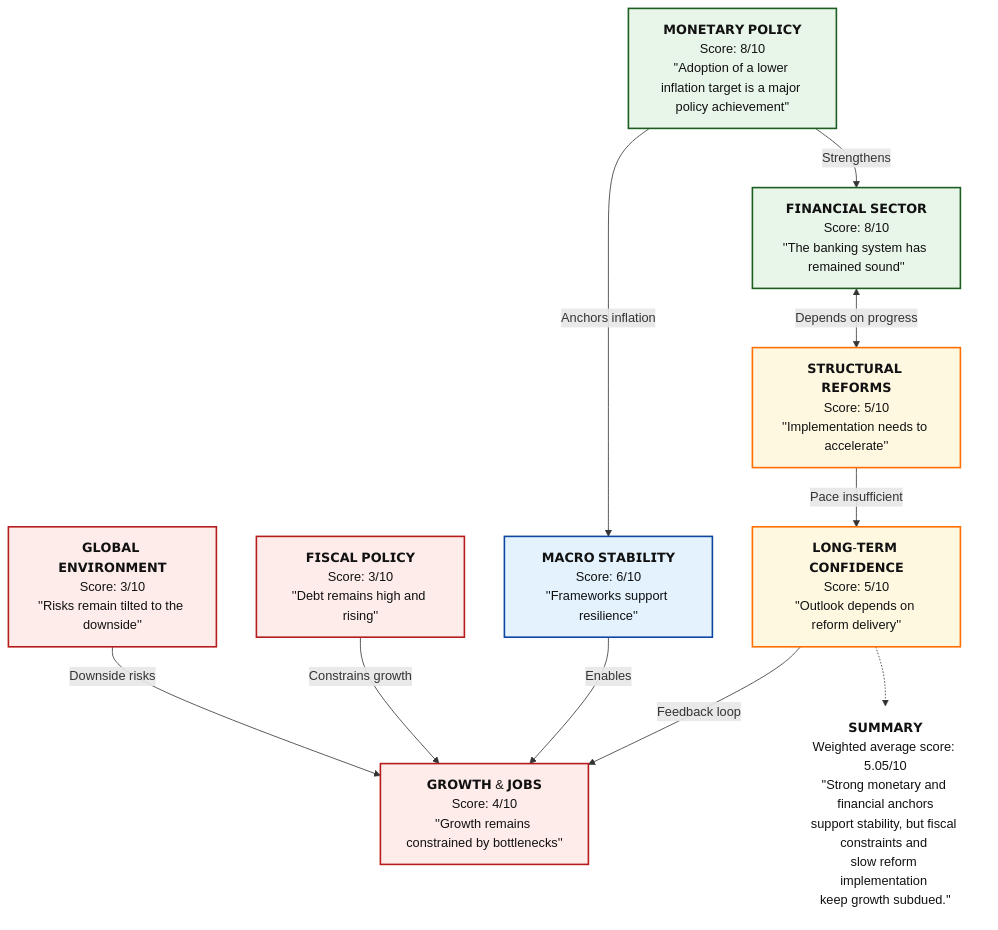
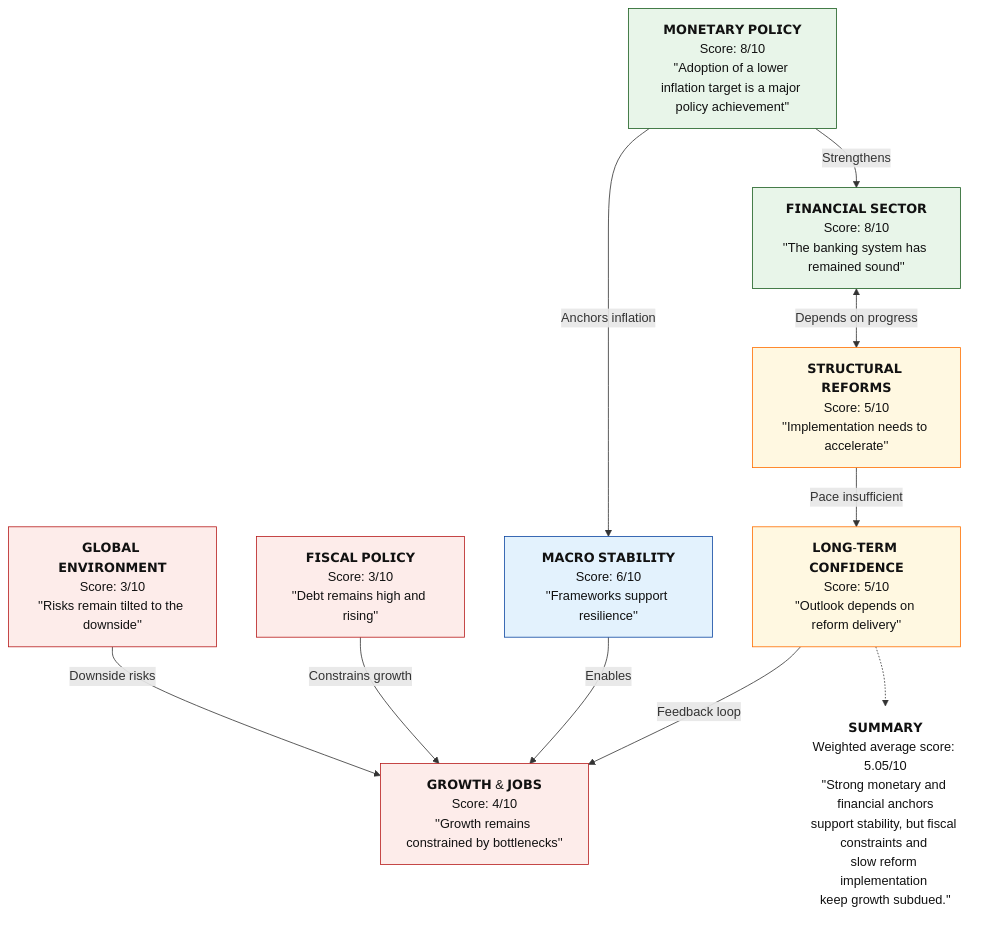
Before and after one commit to Tellusant/docs: the first of 2 diagrams in articles-posts/economic-sentiment-zaf.md, drawn with Mermaid.

```diff
--- a/articles-posts/economic-sentiment-zaf.md
+++ b/articles-posts/economic-sentiment-zaf.md
@@ -12,40 +12,40 @@
 <div class="mermaid">
 
  flowchart TD
 
 %% ========= NODES =========
 GE["𝗚𝗟𝗢𝗕𝗔𝗟 𝗘𝗡𝗩𝗜𝗥𝗢𝗡𝗠𝗘𝗡𝗧\nScore: 3/10\n''Risks remain tilted to the downside''"]:::risk
 FP["𝗙𝗜𝗦𝗖𝗔𝗟 𝗣𝗢𝗟𝗜𝗖𝗬\nScore: 3/10\n''Debt remains high and rising''"]:::risk
 GJ["𝗚𝗥𝗢𝗪𝗧𝗛 & 𝗝𝗢𝗕𝗦\nScore: 4/10\n''Growth remains constrained by bottlenecks''"]:::risk
 MP["𝗠𝗢𝗡𝗘𝗧𝗔𝗥𝗬 𝗣𝗢𝗟𝗜𝗖𝗬\nScore: 8/10\n''Adoption of a lower inflation target is a major policy achievement''"]:::strong
 MS["𝗠𝗔𝗖𝗥𝗢 𝗦𝗧𝗔𝗕𝗜𝗟𝗜𝗧𝗬\nScore: 6/10\n''Frameworks support resilience''"]:::neutral
 FS["𝗙𝗜𝗡𝗔𝗡𝗖𝗜𝗔𝗟 𝗦𝗘𝗖𝗧𝗢𝗥\nScore: 8/10\n''The banking system has remained sound''"]:::strong
 SR["𝗦𝗧𝗥𝗨𝗖𝗧𝗨𝗥𝗔𝗟 𝗥𝗘𝗙𝗢𝗥𝗠𝗦\nScore: 5/10\n''Implementation needs to accelerate''"]:::mixed
 LC["𝗟𝗢𝗡𝗚-𝗧𝗘𝗥𝗠 𝗖𝗢𝗡𝗙𝗜𝗗𝗘𝗡𝗖𝗘\nScore: 5/10\n''Outlook depends on reform delivery''"]:::mixed
 
 %% ========= RELATIONSHIPS =========
 GE -->|Downside risks| GJ
 FP -->|Constrains growth| GJ
 MP -->|Anchors inflation| MS
 MS -->|Enables| GJ
 MP -->|Strengthens| FS
 FS <-->|Depends on progress| SR
 SR -->|Pace insufficient| LC
 LC -->|Feedback loop| GJ
 
 %% ========= INVISIBLE LAYOUT CONTROL =========
 ANCHOR[" "]:::anchor
 
 %% ========= SUMMARY (FORCED BELOW, NO VISIBLE ARROWS) =========
 SUM["𝗦𝗨𝗠𝗠𝗔𝗥𝗬\nWeighted average score: 5.05/10\n''Strong monetary and financial anchors\nsupport stability, but fiscal constraints and \nslow reform implementation \nkeep growth subdued.''"]:::summary
 LC -.-> SUM:::anchor
 
 %% ========= STYLES =========
-classDef strong  fill:#E8F5E9,stroke:#1B5E20,stroke-width:2px,color:#111;
-classDef neutral fill:#E3F2FD,stroke:#0D47A1,stroke-width:2px,color:#111;
-classDef mixed   fill:#FFF8E1,stroke:#FF6F00,stroke-width:2px,color:#111;
-classDef risk    fill:#FDECEA,stroke:#B71C1C,stroke-width:2px,color:#111;
-classDef summary fill:#F5F5F5,stroke:#424242,stroke-width:2px,color:#111;
+classDef strong  fill:#E8F5E9,stroke:#1B5E20,stroke-width:1px,color:#111;
+classDef neutral fill:#E3F2FD,stroke:#0D47A1,stroke-width:1px,color:#111;
+classDef mixed   fill:#FFF8E1,stroke:#FF6F00,stroke-width:1px,color:#111;
+classDef risk    fill:#FDECEA,stroke:#B71C1C,stroke-width:1px,color:#111;
+classDef summary fill:#F5F5F5,stroke:#424242,stroke-width:1px,color:#111;
 classDef anchor fill:transparent,stroke:transparent;
 
 </div>
```
